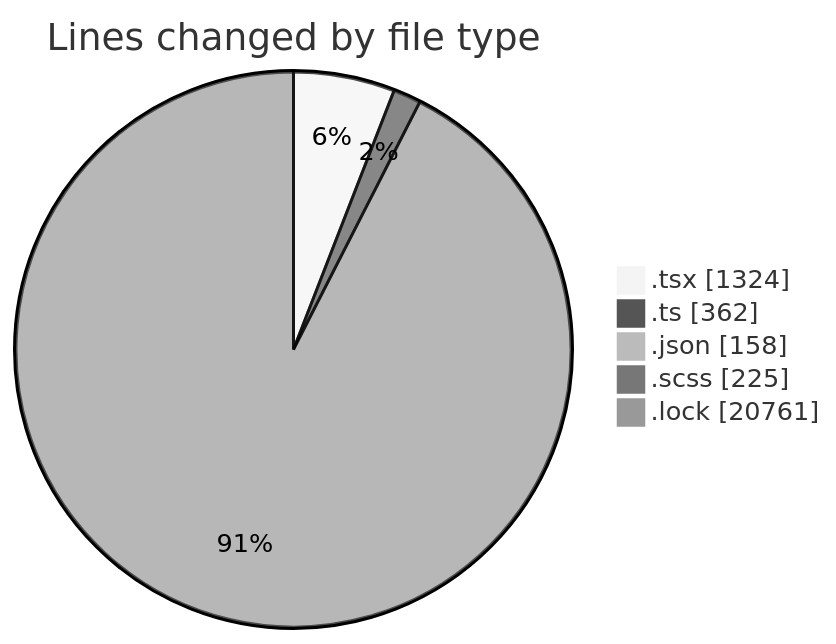
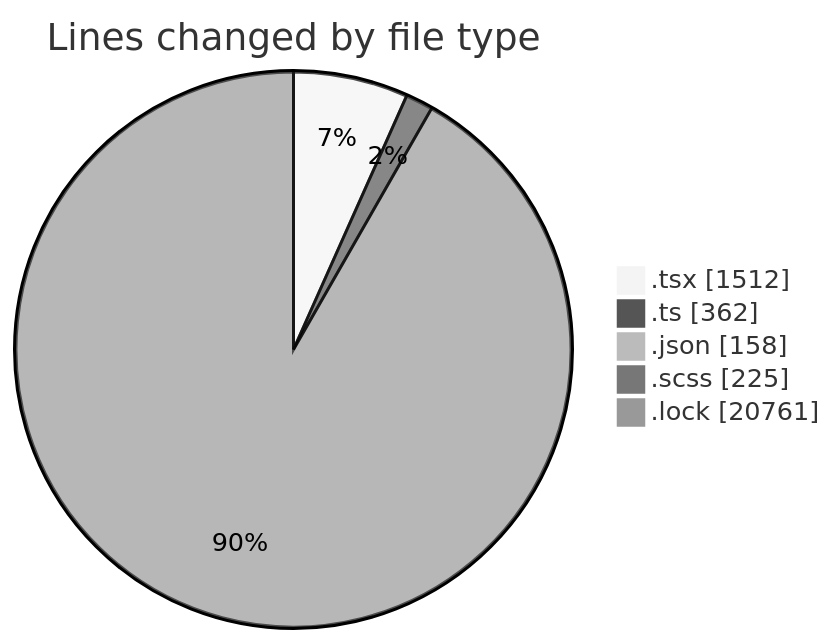
One commit to momahboobian/code-tracking changed the first of 2 diagrams in 2025-04-29/cda/README.md. Above: the diagram before and after it, drawn with Mermaid (neutral theme). The commit also changed other lines of this file and 1 other file, not shown here.

````diff
--- a/2025-04-29/cda/README.md
+++ b/2025-04-29/cda/README.md
@@ -39,9 +40,9 @@
 ```mermaid
 pie showData
 title Lines changed by file type
-".tsx" : 1324
+".tsx" : 1512
 ".ts" : 362
 ".json" : 158
 ".scss" : 225
 ".lock" : 20761
 ```
````
